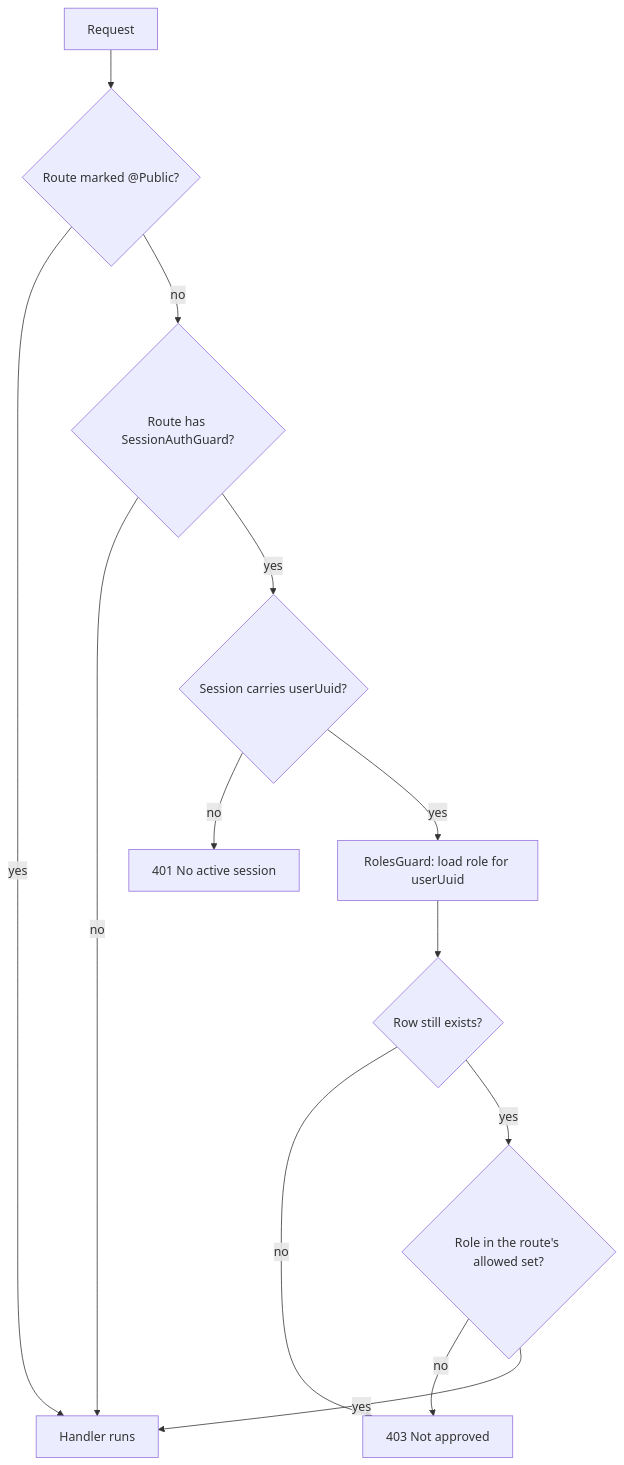
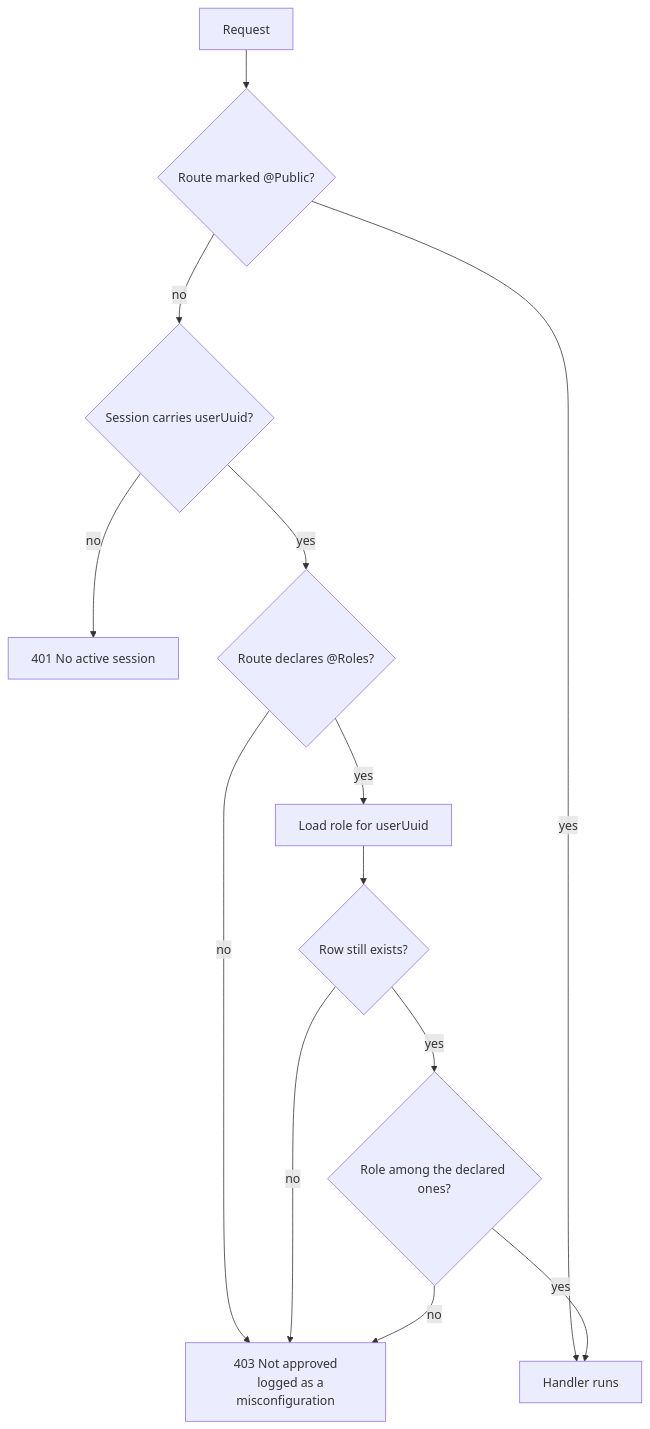
The second of 2 diagrams in docs/authentication.md (marsa-cloud/marsa), drawn with Mermaid before and after one commit. The commit also changed other lines of this file and 19 other files, not shown here.

````diff
--- a/docs/authentication.md
+++ b/docs/authentication.md
@@ -110,15 +118,16 @@
 ```mermaid
 flowchart TD
     A[Request] --> P{Route marked @Public?}
     P -- yes --> C[Handler runs]
-    P -- no --> B{Route has SessionAuthGuard?}
-    B -- no --> C[Handler runs]
-    B -- yes --> D{Session carries userUuid?}
+    P -- no --> D{Session carries userUuid?}
     D -- no --> E[401 No active session]
-    D -- yes --> F[RolesGuard: load role for userUuid]
+    D -- yes --> R{Route declares @Roles?}
+    R -- no --> H[403 Not approved
+    logged as a misconfiguration]
+    R -- yes --> F[Load role for userUuid]
     F --> G{Row still exists?}
-    G -- no --> H[403 Not approved]
-    G -- yes --> I{Role in the route's allowed set?}
+    G -- no --> H
+    G -- yes --> I{Role among the declared ones?}
     I -- no --> H
     I -- yes --> C
 ```
````
